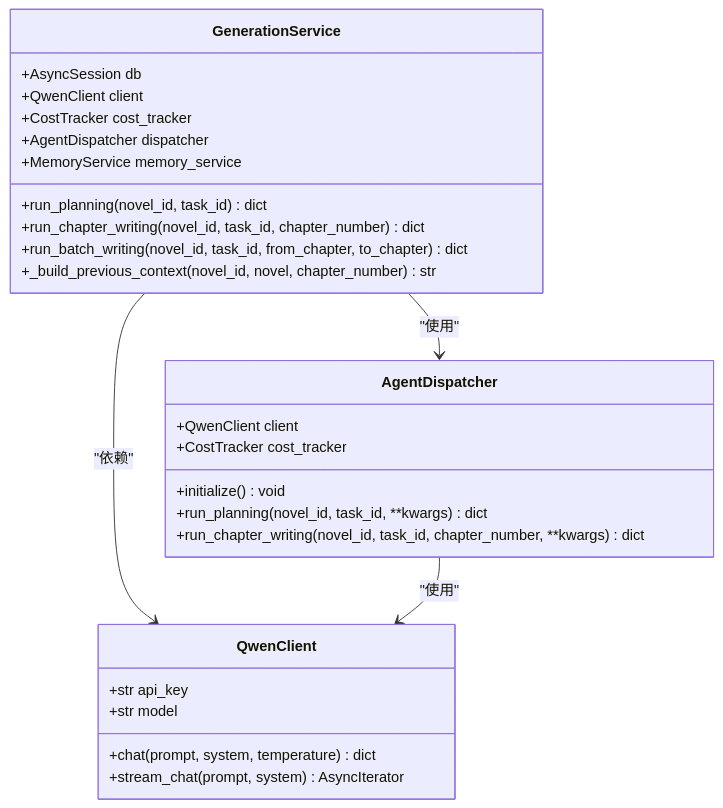
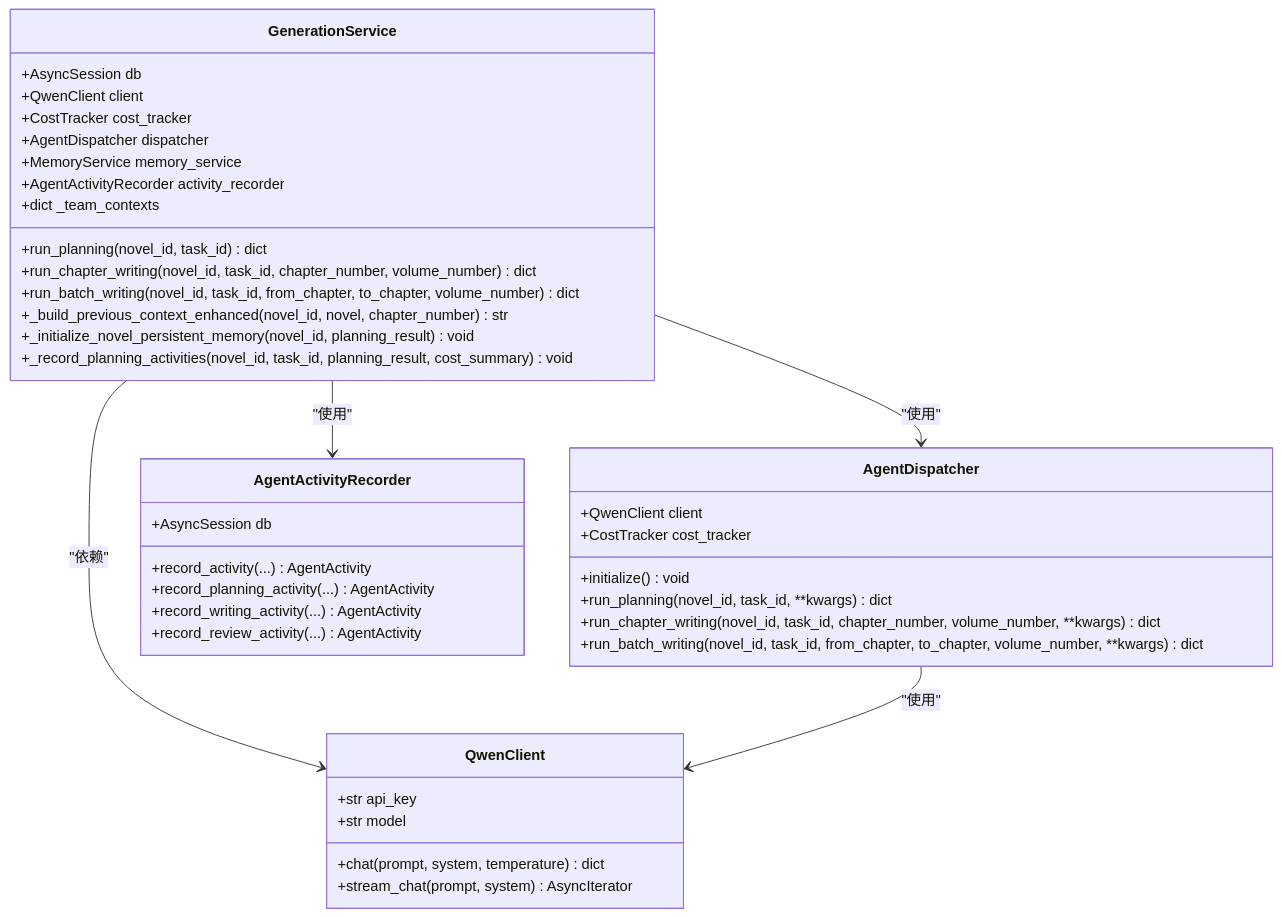
The second of 10 diagrams in .qoder/repowiki/zh/content/Generation Service.md (xfbyxq/ai-novel-system), drawn with Mermaid before and after one commit. The commit also changed other lines of this file and 4 other files, not shown here.

````diff
--- a/.qoder/repowiki/zh/content/Generation Service.md
+++ b/.qoder/repowiki/zh/content/Generation Service.md
@@ -99,30 +124,43 @@
 ```mermaid
 classDiagram
 class GenerationService {
 +AsyncSession db
 +QwenClient client
 +CostTracker cost_tracker
 +AgentDispatcher dispatcher
 +MemoryService memory_service
++AgentActivityRecorder activity_recorder
++dict _team_contexts
 +run_planning(novel_id, task_id) dict
-+run_chapter_writing(novel_id, task_id, chapter_number) dict
-+run_batch_writing(novel_id, task_id, from_chapter, to_chapter) dict
-+_build_previous_context(novel_id, novel, chapter_number) str
++run_chapter_writing(novel_id, task_id, chapter_number, volume_number) dict
++run_batch_writing(novel_id, task_id, from_chapter, to_chapter, volume_number) dict
++_build_previous_context_enhanced(novel_id, novel, chapter_number) str
++_initialize_novel_persistent_memory(novel_id, planning_result) void
++_record_planning_activities(novel_id, task_id, planning_result, cost_summary) void
 }
 class AgentDispatcher {
 +QwenClient client
 +CostTracker cost_tracker
 +initialize() void
 +run_planning(novel_id, task_id, **kwargs) dict
-+run_chapter_writing(novel_id, task_id, chapter_number, **kwargs) dict
++run_chapter_writing(novel_id, task_id, chapter_number, volume_number, **kwargs) dict
++run_batch_writing(novel_id, task_id, from_chapter, to_chapter, volume_number, **kwargs) dict
 }
 class QwenClient {
 +str api_key
 +str model
 +chat(prompt, system, temperature) dict
 +stream_chat(prompt, system) AsyncIterator
 }
+class AgentActivityRecorder {
++AsyncSession db
++record_activity(...) AgentActivity
++record_planning_activity(...) AgentActivity
++record_writing_activity(...) AgentActivity
++record_review_activity(...) AgentActivity
+}
 GenerationService --> AgentDispatcher : "使用"
 GenerationService --> QwenClient : "依赖"
+GenerationService --> AgentActivityRecorder : "使用"
 AgentDispatcher --> QwenClient : "使用"
 ```
````
